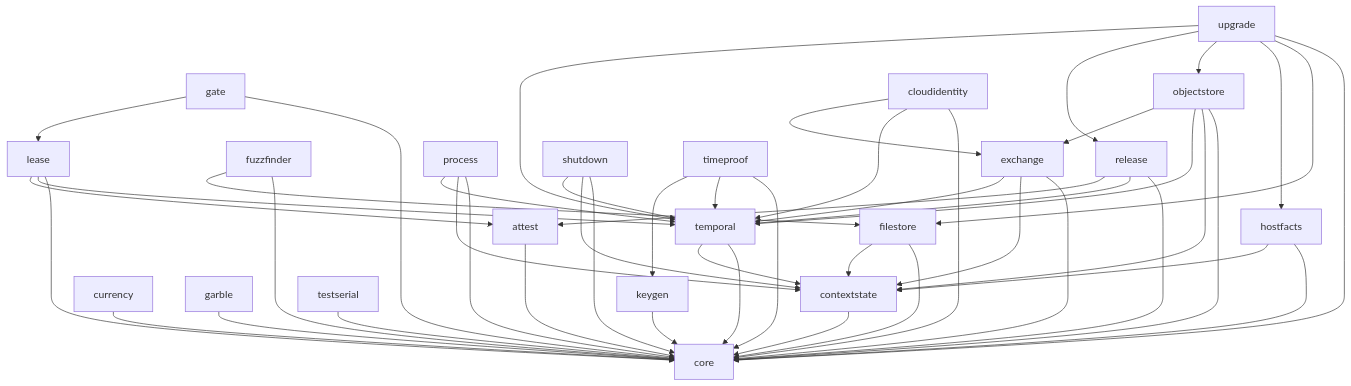
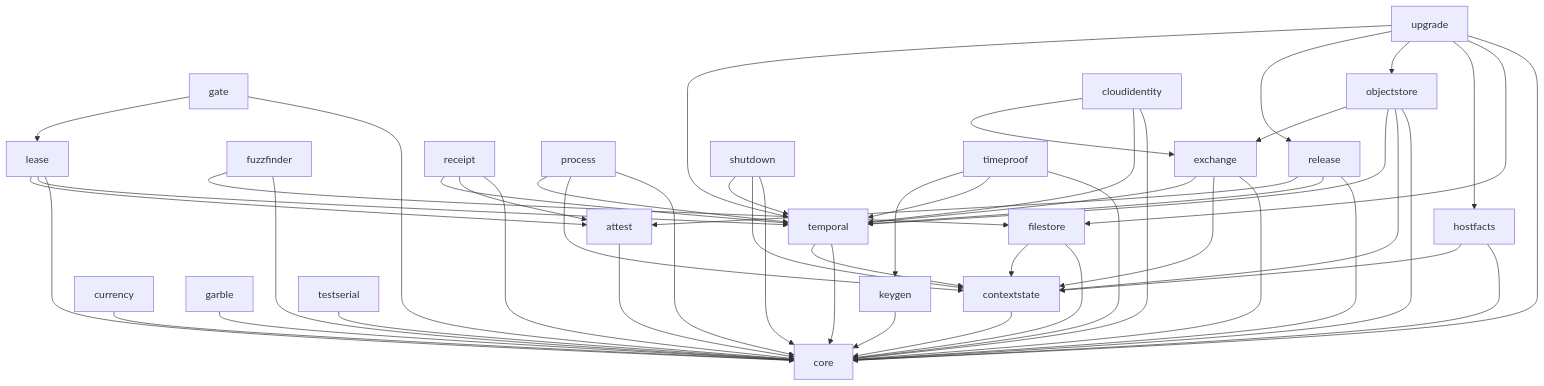
Before and after one commit to deliri/primitive: the diagram in README.md, drawn with Mermaid. The commit also changed 20 other files, not shown here.

````diff
--- a/README.md
+++ b/README.md
@@ -26,56 +26,59 @@
 ```mermaid
 flowchart TD
     core[core]
 
     attest[attest] --> core
     contextstate[contextstate] --> core
     currency[currency] --> core
     garble[garble] --> core
     keygen[keygen] --> core
     testserial[testserial] --> core
 
     filestore[filestore] --> core
     filestore --> contextstate
     hostfacts[hostfacts] --> core
     hostfacts --> contextstate
     temporal[temporal] --> core
     temporal --> contextstate
 
     exchange[exchange] --> core
     exchange --> contextstate
     exchange --> temporal
     fuzzfinder[fuzzfinder] --> core
     fuzzfinder --> filestore
     lease[lease] --> core
     lease --> temporal
     lease --> attest
     gate[gate] --> core
     gate --> lease
+    receipt[receipt] --> core
+    receipt --> attest
+    receipt --> temporal
     process[process] --> core
     process --> contextstate
     process --> temporal
     release[release] --> core
     release --> temporal
     release --> attest
     shutdown[shutdown] --> core
     shutdown --> contextstate
     shutdown --> temporal
 
     objectstore[objectstore] --> core
     objectstore --> contextstate
     objectstore --> temporal
     objectstore --> exchange
     timeproof[timeproof] --> core
     timeproof --> temporal
     timeproof --> keygen
     cloudidentity[cloudidentity] --> core
     cloudidentity --> temporal
     cloudidentity --> exchange
 
     upgrade[upgrade] --> core
     upgrade --> filestore
     upgrade --> hostfacts
     upgrade --> objectstore
     upgrade --> release
     upgrade --> temporal
 ```
````
